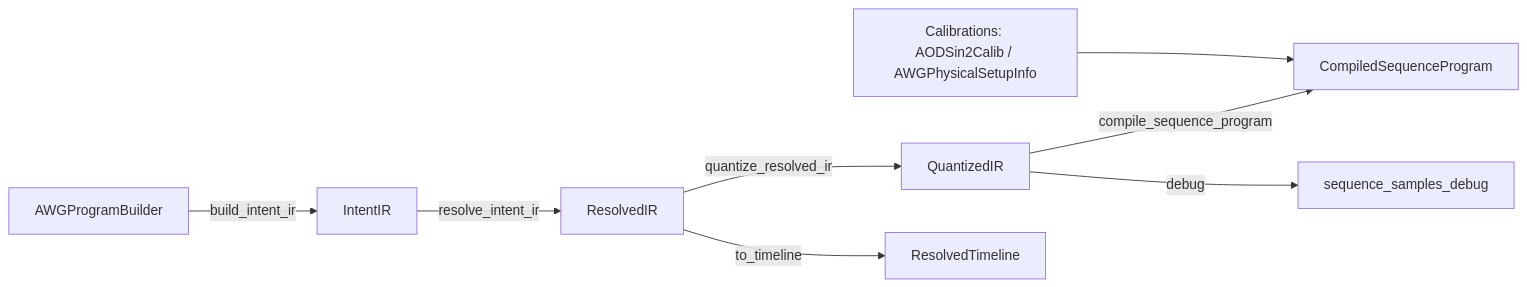
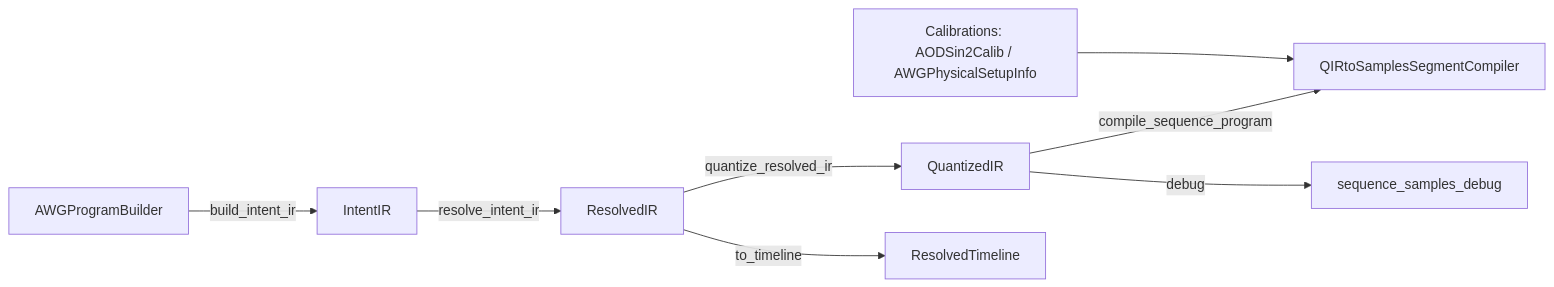
The diagram in README.md (CornishLabs/AWGSegmentFactory), drawn with Mermaid before and after one commit. The commit also changed other lines of this file and 9 other files, not shown here.

````diff
--- a/README.md
+++ b/README.md
@@ -230,18 +230,18 @@
 ```mermaid
 flowchart LR
     B[AWGProgramBuilder]
     I[IntentIR]
     R[ResolvedIR]
     Q[QuantizedIR]
-    C[CompiledSequenceProgram]
+    C[QIRtoSamplesSegmentCompiler]
 
     B -- build_intent_ir --> I
     I -- resolve_intent_ir --> R
     R -- quantize_resolved_ir --> Q
     Q -- compile_sequence_program --> C
 
     CAL[Calibrations: AODSin2Calib / AWGPhysicalSetupInfo] --> C
 
     R -- to_timeline --> TL[ResolvedTimeline]
     Q -- debug --> DBG[sequence_samples_debug]
 ```
````
